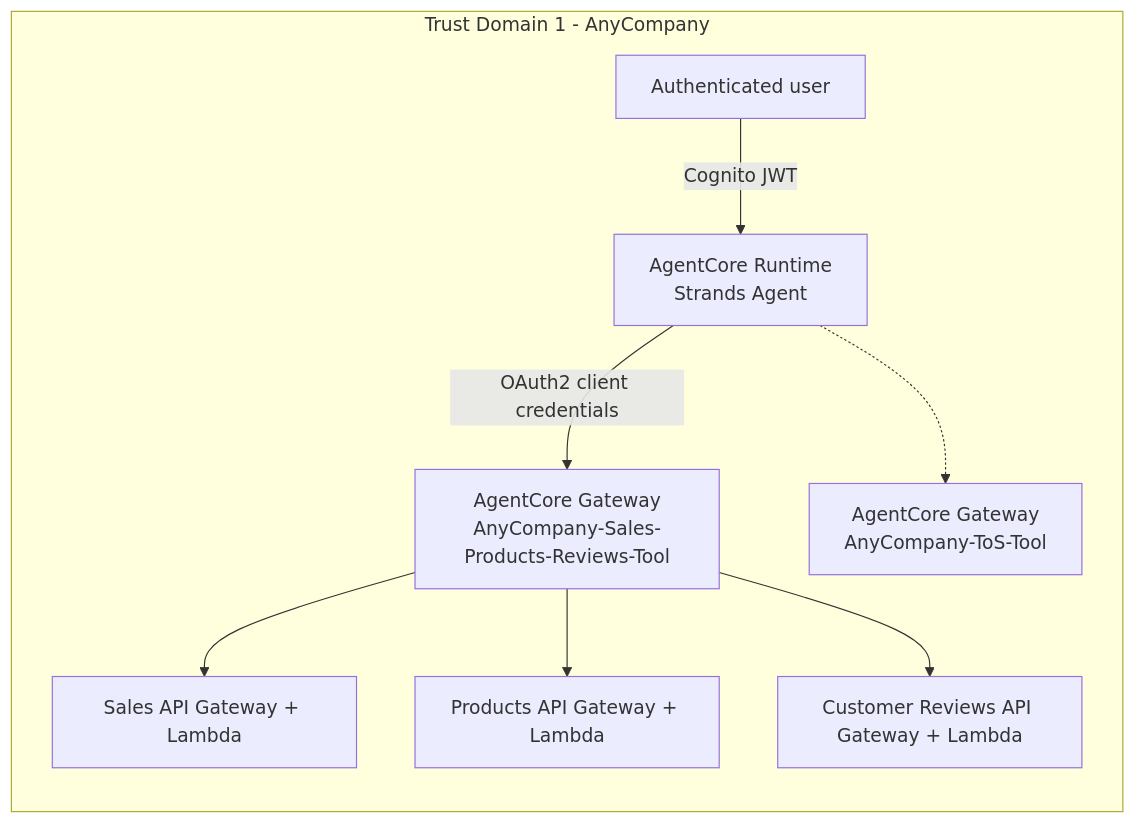
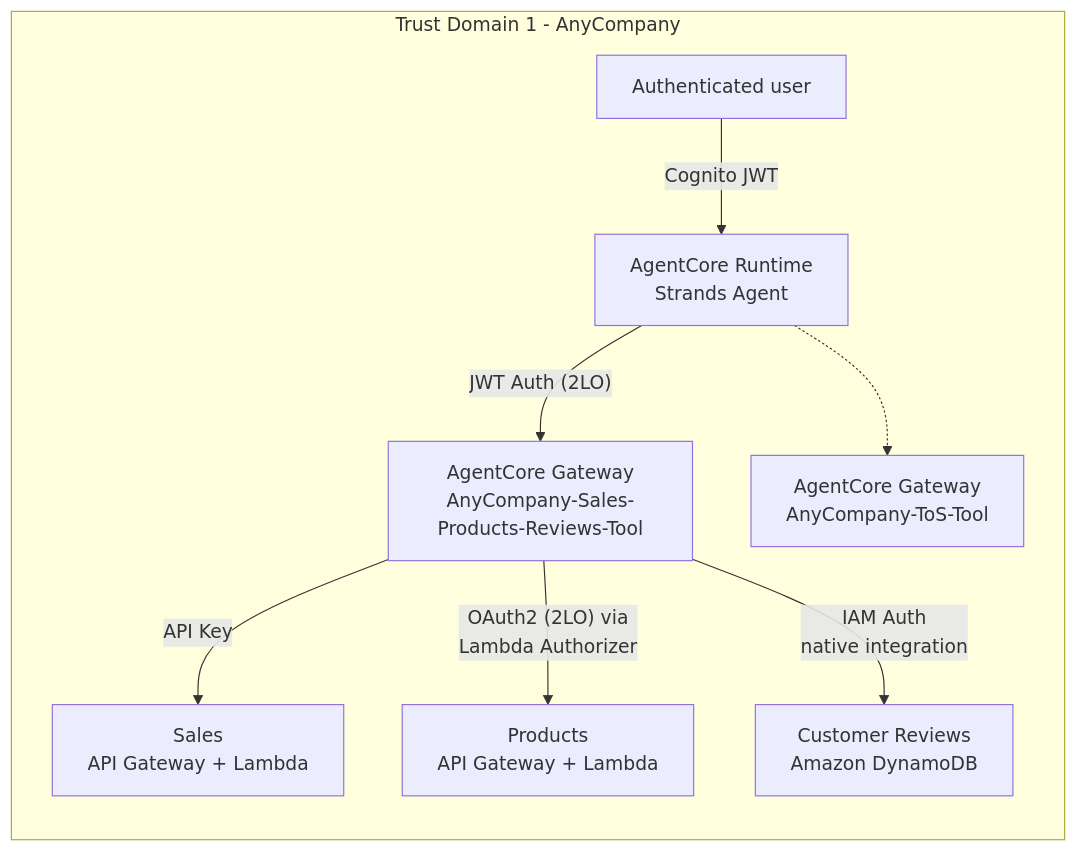
Before and after one commit to KartikJaswal1111/agent_identity_management_on_aws: the diagram in docs/03c-activity3c-deploy-the-customer-reviews-tool.md, drawn with Mermaid. The commit also changed other lines of this file and 24 other files, not shown here.

````diff
--- a/docs/03c-activity3c-deploy-the-customer-reviews-tool.md
+++ b/docs/03c-activity3c-deploy-the-customer-reviews-tool.md
@@ -8,12 +8,12 @@
 ```mermaid
 graph LR
     subgraph TD1["Trust Domain 1 - AnyCompany"]
         User["Authenticated user"] -->|Cognito JWT| Runtime["AgentCore Runtime<br/>Strands Agent"]
-        Runtime -->|OAuth2 client credentials| GW2["AgentCore Gateway<br/>AnyCompany-Sales-Products-Reviews-Tool"]
-        GW2 --> Sales["Sales API Gateway + Lambda"]
-        GW2 --> Products["Products API Gateway + Lambda"]
-        GW2 --> Reviews["Customer Reviews API Gateway + Lambda"]
+        Runtime -->|"JWT Auth (2LO)"| GW2["AgentCore Gateway<br/>AnyCompany-Sales-Products-Reviews-Tool"]
+        GW2 -->|API Key| Sales["Sales<br/>API Gateway + Lambda"]
+        GW2 -->|"OAuth2 (2LO) via<br/>Lambda Authorizer"| Products["Products<br/>API Gateway + Lambda"]
+        GW2 -->|"IAM Auth<br/>native integration"| Reviews["Customer Reviews<br/>Amazon DynamoDB"]
         GW1["AgentCore Gateway<br/>AnyCompany-ToS-Tool"]
         Runtime -.-> GW1
     end
 ```
````
